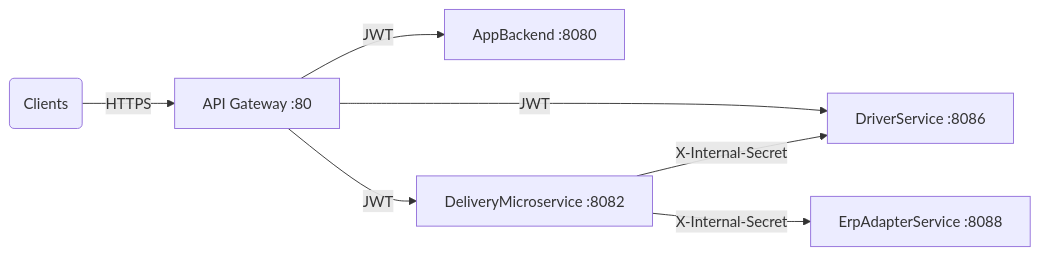
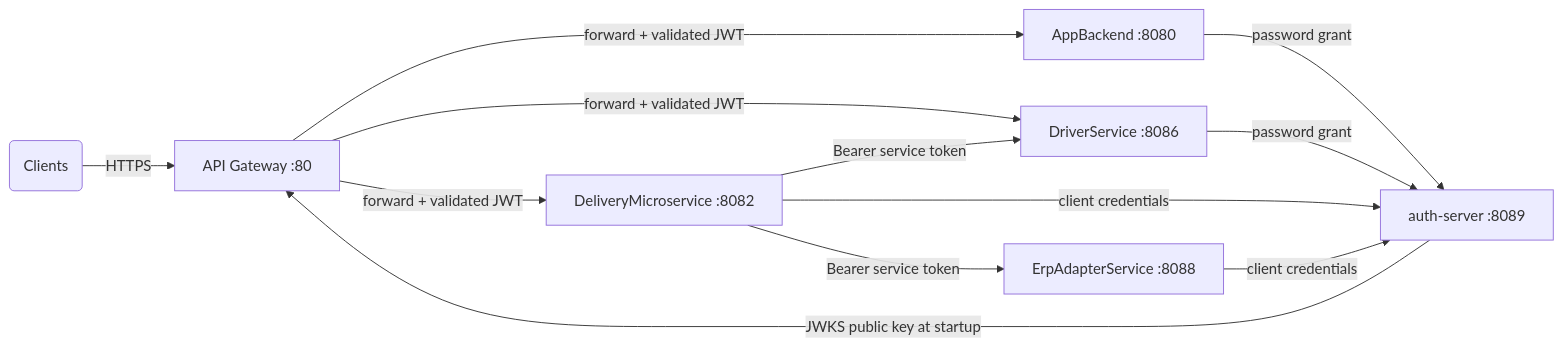
The second of 8 diagrams in docs/01-global-architecture.md (Moaziz667/asm-track), drawn with Mermaid before and after one commit. The commit also changed other lines of this file and 45 other files, not shown here.

Commit message:
auth-server

````diff
--- a/docs/01-global-architecture.md
+++ b/docs/01-global-architecture.md
@@ -56,9 +57,14 @@
 ```mermaid
 flowchart LR
     C1(Clients) -->|HTTPS| GW[API Gateway :80]
-    GW -->|JWT| AB[AppBackend :8080]
-    GW -->|JWT| DL[DeliveryMicroservice :8082]
-    GW -->|JWT| DS[DriverService :8086]
-    DL -->|X-Internal-Secret| DS
-    DL -->|X-Internal-Secret| EA[ErpAdapterService :8088]
+    GW -->|forward + validated JWT| AB[AppBackend :8080]
+    GW -->|forward + validated JWT| DL[DeliveryMicroservice :8082]
+    GW -->|forward + validated JWT| DS[DriverService :8086]
+    AS[auth-server :8089] -->|JWKS public key at startup| GW
+    AB -->|password grant| AS
+    DS -->|password grant| AS
+    DL -->|client credentials| AS
+    DL -->|Bearer service token| DS
+    DL -->|Bearer service token| EA[ErpAdapterService :8088]
+    EA -->|client credentials| AS
 ```
````
